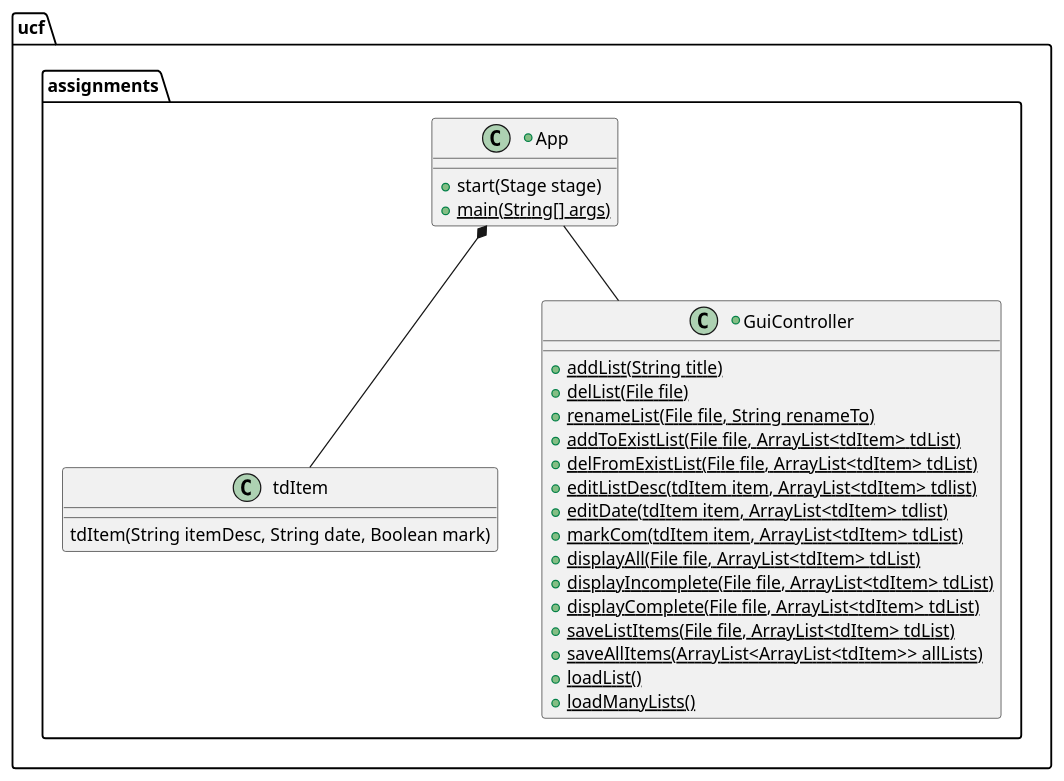
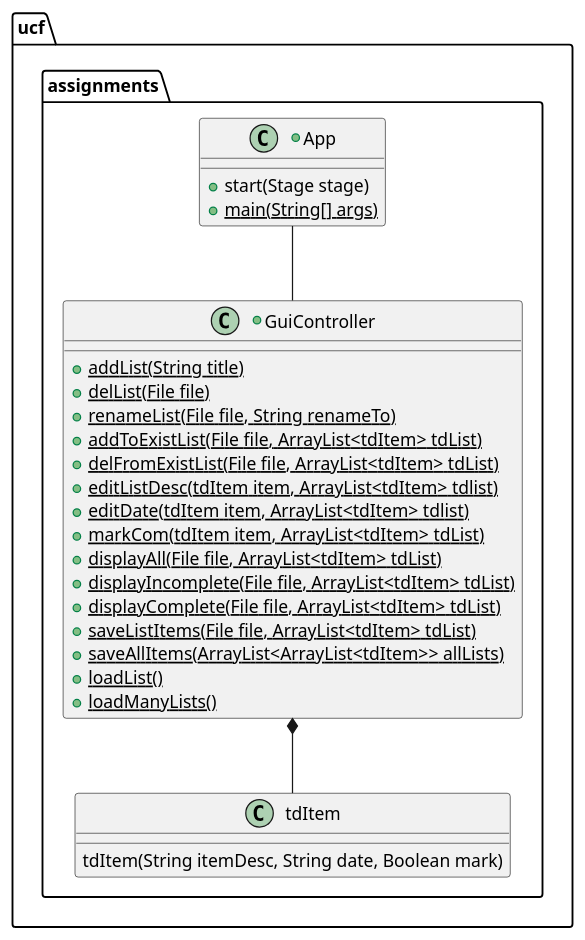
Before and after one commit to ayeekee/yeekee-cop3330-assignment4part2: the diagram in uml/App.javaCD.puml, drawn with PlantUML. The commit also changed 2 other files, not shown here.

Commit message:
added variable declarations and edited return statements so that gui can run

```diff
--- a/uml/App.javaCD.puml
+++ b/uml/App.javaCD.puml
@@ -1,37 +1,36 @@
 @startuml
 'https://plantuml.com/class-diagram
 
 package ucf.assignments{
 
-    App *-- tdItem
+    GuiController *-- tdItem
     App -- GuiController
 
     +Class App{
     +start(Stage stage)
     +{static}main(String[] args)
     }
 
     Class tdItem{
         tdItem(String itemDesc, String date, Boolean mark)
     }
 
     +Class GuiController{
         +{static}addList(String title)
         +{static}delList(File file)
         +{static}renameList(File file, String renameTo)
         +{static}addToExistList(File file, ArrayList<tdItem> tdList)
         +{static}delFromExistList(File file, ArrayList<tdItem> tdList)
         +{static}editListDesc(tdItem item, ArrayList<tdItem> tdlist)
         +{static}editDate(tdItem item, ArrayList<tdItem> tdlist)
         +{static}markCom(tdItem item, ArrayList<tdItem> tdList)
         +{static}displayAll(File file, ArrayList<tdItem> tdList)
         +{static}displayIncomplete(File file, ArrayList<tdItem> tdList)
         +{static}displayComplete(File file, ArrayList<tdItem> tdList)
         +{static}saveListItems(File file, ArrayList<tdItem> tdList)
         +{static}saveAllItems(ArrayList<ArrayList<tdItem>> allLists)
         +{static}loadList()
         +{static}loadManyLists()
     }
-
 }
 @enduml
```
